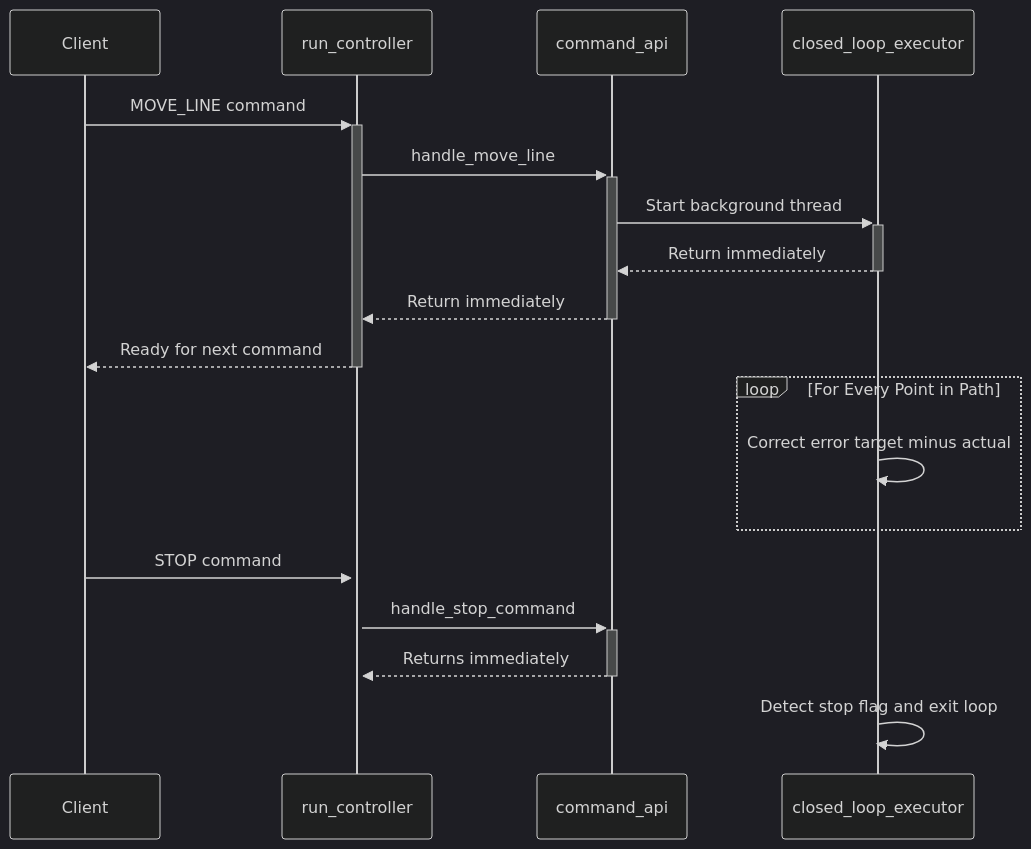
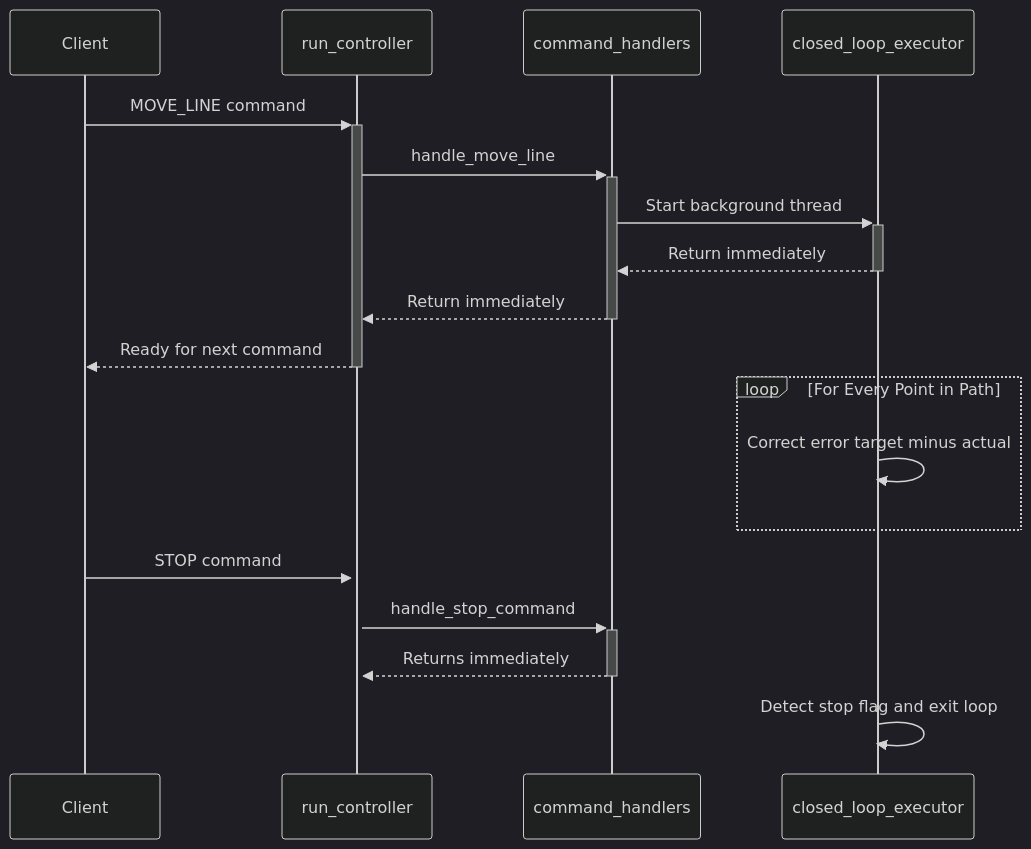
One commit to Dembry123/GradientOS changed the third of 3 diagrams in docs/README.md. Above: the diagram before and after it, drawn with Mermaid (dark theme). The commit also changed other lines of this file and 13 other files, not shown here.

````diff
--- a/docs/README.md
+++ b/docs/README.md
@@ -433,24 +433,24 @@
 ```mermaid
 sequenceDiagram
     participant Client
     participant MainLoop as run_controller
-    participant CommandAPI as command_api
+    participant CommandHandlers as command_handlers
     participant ExecutorThread as closed_loop_executor
 
     Client->>+MainLoop: MOVE_LINE command
-    MainLoop->>+CommandAPI: handle_move_line
-    CommandAPI->>+ExecutorThread: Start background thread
-    ExecutorThread-->>-CommandAPI: Return immediately
-    CommandAPI-->>-MainLoop: Return immediately
+    MainLoop->>+CommandHandlers: handle_move_line
+    CommandHandlers->>+ExecutorThread: Start background thread
+    ExecutorThread-->>-CommandHandlers: Return immediately
+    CommandHandlers-->>-MainLoop: Return immediately
     MainLoop-->>-Client: Ready for next command
 
     loop For Every Point in Path
         ExecutorThread->>ExecutorThread: Correct error target minus actual
     end
 
     Client->>+MainLoop: STOP command
-    MainLoop->>+CommandAPI: handle_stop_command
-    CommandAPI-->>-MainLoop: Returns immediately
+    MainLoop->>+CommandHandlers: handle_stop_command
+    CommandHandlers-->>-MainLoop: Returns immediately
 
     ExecutorThread->>ExecutorThread: Detect stop flag and exit loop
 ```
````
